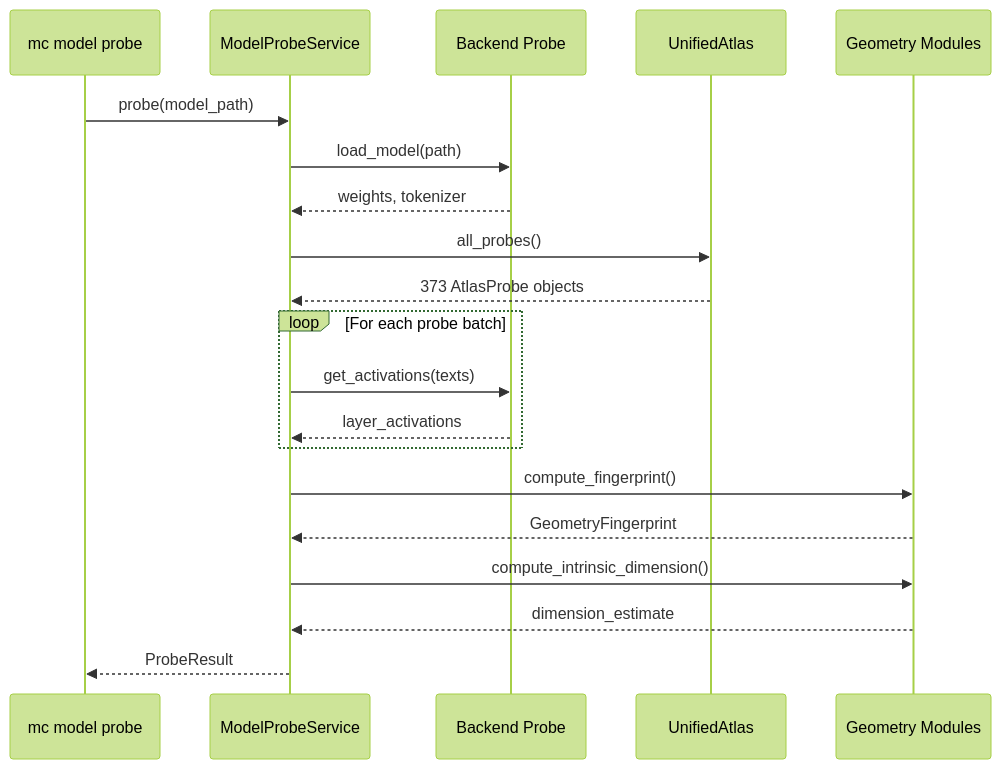
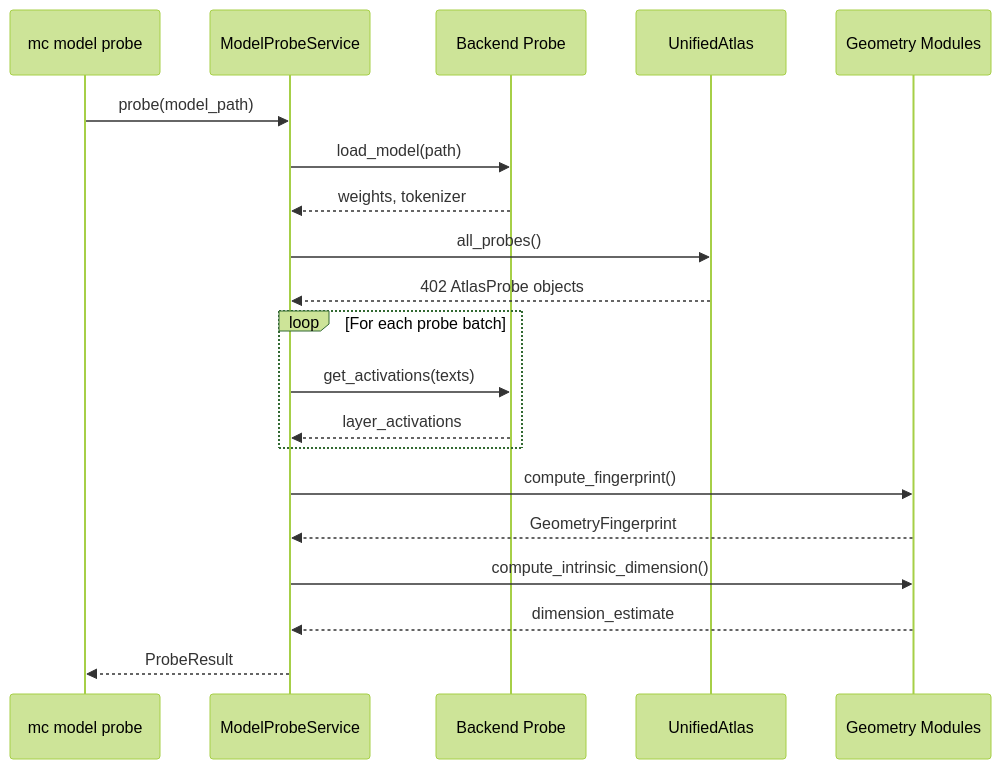
The third of 4 diagrams in docs/ARCHITECTURE.md (Ethyros-AI/ModelCypher), drawn with Mermaid (forest theme) before and after one commit. The commit also changed other lines of this file and 26 other files, not shown here.

````diff
--- a/docs/ARCHITECTURE.md
+++ b/docs/ARCHITECTURE.md
@@ -176,28 +176,28 @@
 ```mermaid
 sequenceDiagram
     participant CLI as mc model probe
     participant SVC as ModelProbeService
     participant PROBE as Backend Probe
     participant ATLAS as UnifiedAtlas
     participant GEOM as Geometry Modules
 
     CLI->>SVC: probe(model_path)
     SVC->>PROBE: load_model(path)
     PROBE-->>SVC: weights, tokenizer
 
     SVC->>ATLAS: all_probes()
-    ATLAS-->>SVC: 373 AtlasProbe objects
+    ATLAS-->>SVC: 402 AtlasProbe objects
 
     loop For each probe batch
         SVC->>PROBE: get_activations(texts)
         PROBE-->>SVC: layer_activations
     end
 
     SVC->>GEOM: compute_fingerprint()
     GEOM-->>SVC: GeometryFingerprint
 
     SVC->>GEOM: compute_intrinsic_dimension()
     GEOM-->>SVC: dimension_estimate
 
     SVC-->>CLI: ProbeResult
 ```
````
